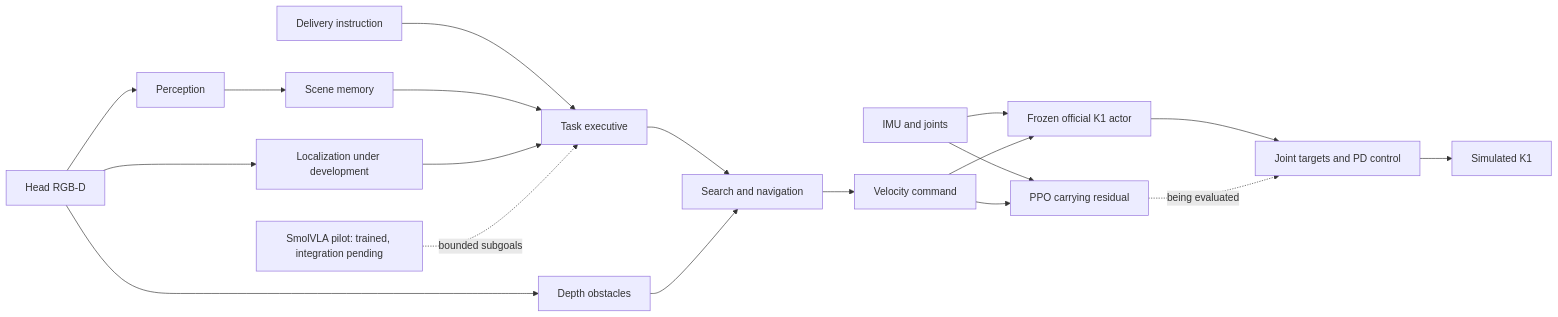
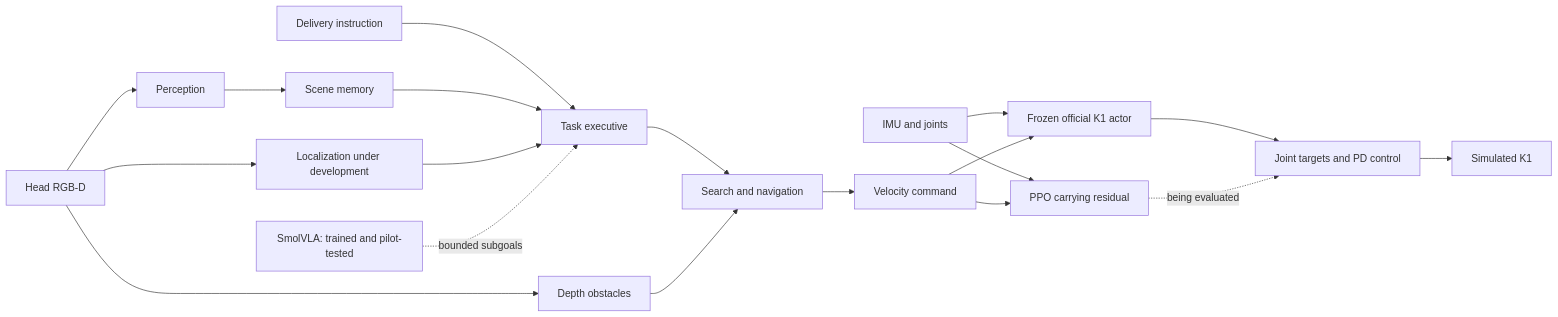
Before and after one commit to KaushikSiva/k1-meal-delivery: the diagram in README.md, drawn with Mermaid. The commit also changed other lines of this file and 87 other files, not shown here.

Commit message:
Verify free hand-contact carrying, GR00T pilot, and matched VLA comparison

````diff
--- a/README.md
+++ b/README.md
@@ -46,21 +48,21 @@
 ```mermaid
 flowchart LR
   RGBD[Head RGB-D] --> PER[Perception]
   PER --> MEM[Scene memory]
   RGBD --> LOC[Localization under development]
   RGBD --> OBS[Depth obstacles]
   INSTR[Delivery instruction] --> EXEC[Task executive]
   MEM --> EXEC
   LOC --> EXEC
   EXEC --> NAV[Search and navigation]
   OBS --> NAV
-  VLA[SmolVLA pilot: trained, integration pending] -. bounded subgoals .-> EXEC
+  VLA[SmolVLA: trained and pilot-tested] -. bounded subgoals .-> EXEC
   NAV --> CMD[Velocity command]
   IMU[IMU and joints] --> WALK[Frozen official K1 actor]
   CMD --> WALK
   IMU --> PPO[PPO carrying residual]
   CMD --> PPO
   WALK --> PD[Joint targets and PD control]
   PPO -. being evaluated .-> PD
   PD --> ROBOT[Simulated K1]
 ```
````
